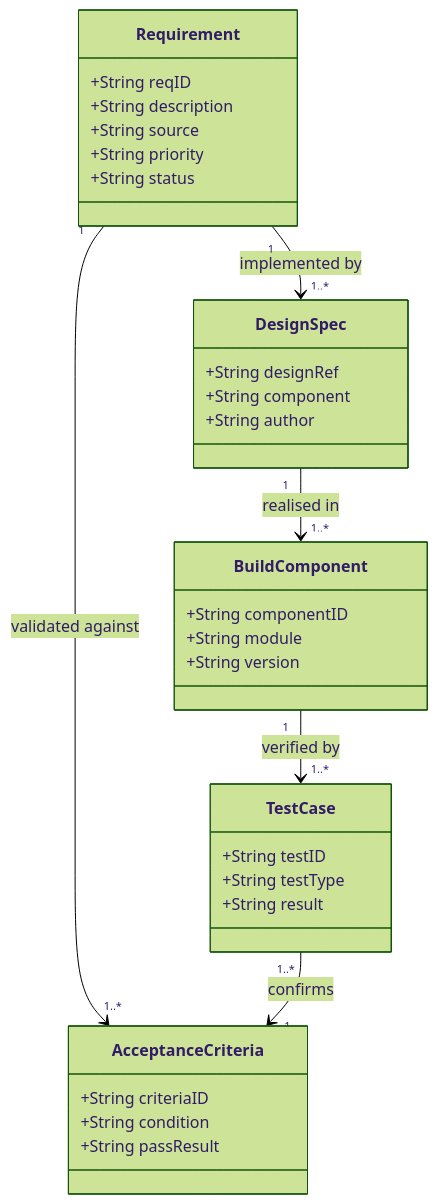
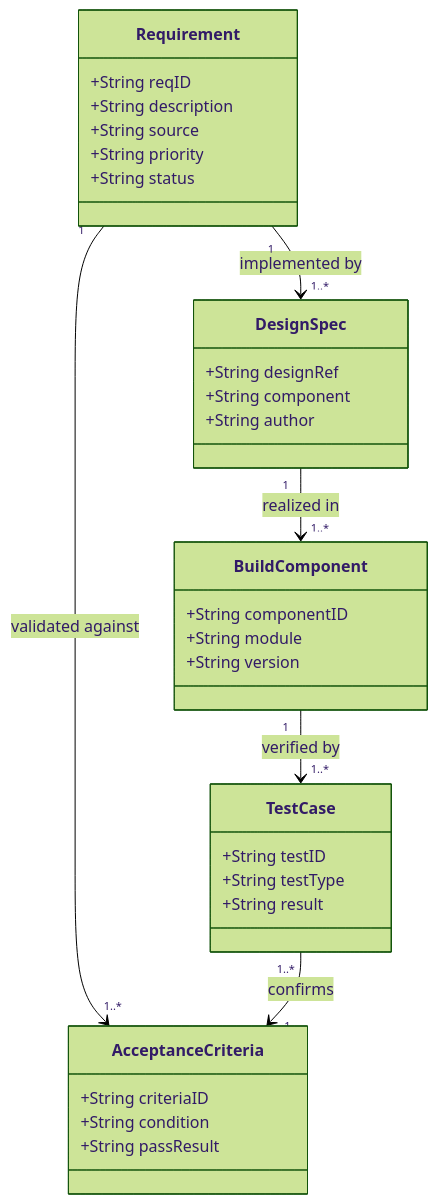
Before and after one commit to UncleJS/course_projectManagement: the second of 2 diagrams in modules/08-scope-requirements.md, drawn with Mermaid (forest theme). The commit also changed other lines of this file and 63 other files, not shown here.

````diff
--- a/modules/08-scope-requirements.md
+++ b/modules/08-scope-requirements.md
@@ -249,35 +249,35 @@
 ```mermaid
 classDiagram
     class Requirement {
         +String reqID
         +String description
         +String source
         +String priority
         +String status
     }
     class DesignSpec {
         +String designRef
         +String component
         +String author
     }
     class BuildComponent {
         +String componentID
         +String module
         +String version
     }
     class TestCase {
         +String testID
         +String testType
         +String result
     }
     class AcceptanceCriteria {
         +String criteriaID
         +String condition
         +String passResult
     }
     Requirement "1" --> "1..*" DesignSpec : implemented by
-    DesignSpec "1" --> "1..*" BuildComponent : realised in
+    DesignSpec "1" --> "1..*" BuildComponent : realized in
     BuildComponent "1" --> "1..*" TestCase : verified by
     Requirement "1" --> "1..*" AcceptanceCriteria : validated against
     TestCase "1..*" --> "1" AcceptanceCriteria : confirms
 ```
````
